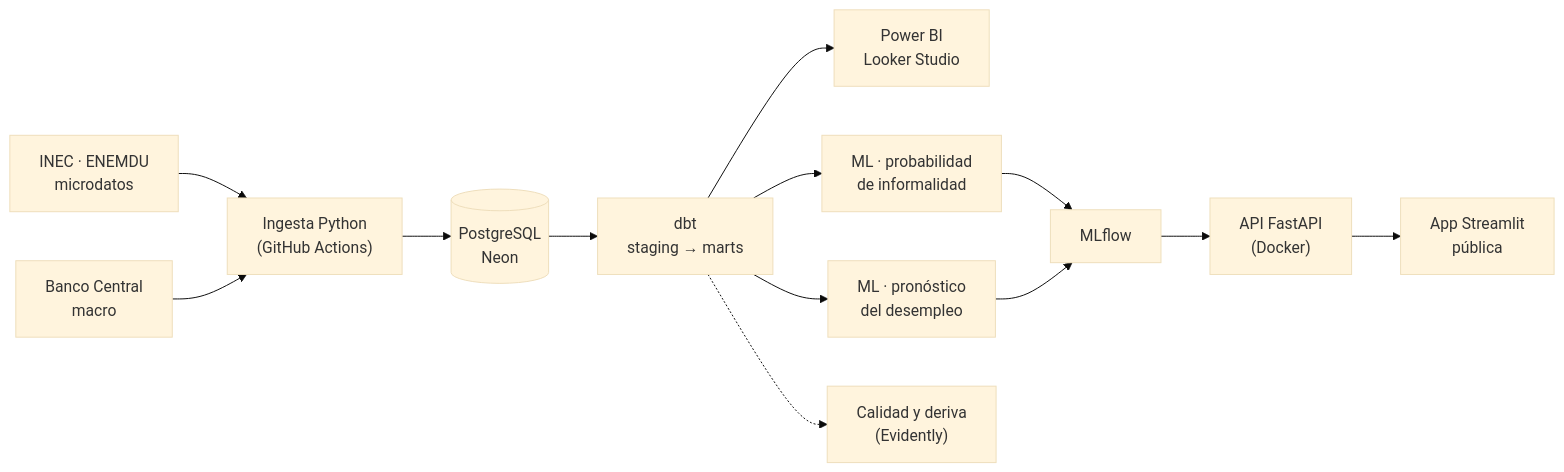
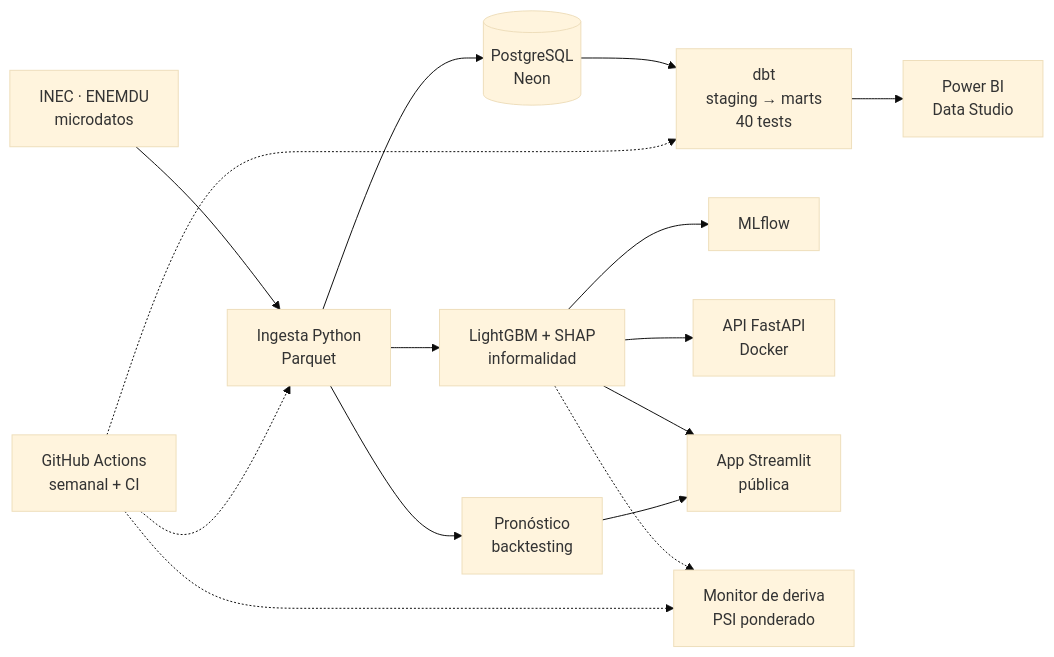
One commit to GUAR-NIX/PORTAFOLIO-CLOUD changed the diagram in observatorio-laboral-ec/README.md. Above: the diagram before and after it, drawn with Mermaid (base theme). The commit also changed other lines of this file and 8 other files, not shown here.

````diff
--- a/observatorio-laboral-ec/README.md
+++ b/observatorio-laboral-ec/README.md
@@ -66,12 +87,14 @@
 ```mermaid
 flowchart LR
-  INEC["INEC · ENEMDU<br/>microdatos"] --> ING["Ingesta Python<br/>(GitHub Actions)"]
-  BCE["Banco Central<br/>macro"] --> ING
+  INEC["INEC · ENEMDU<br/>microdatos"] --> ING["Ingesta Python<br/>Parquet"]
   ING --> PG[("PostgreSQL<br/>Neon")]
-  PG --> DBT["dbt<br/>staging → marts"]
-  DBT --> BI["Power BI<br/>Looker Studio"]
-  DBT --> ML1["ML · probabilidad<br/>de informalidad"]
-  DBT --> ML2["ML · pronóstico<br/>del desempleo"]
-  ML1 & ML2 --> MLF["MLflow"] --> API["API FastAPI<br/>(Docker)"] --> APP["App Streamlit<br/>pública"]
-  DBT -.-> MON["Calidad y deriva<br/>(Evidently)"]
+  PG --> DBT["dbt<br/>staging → marts<br/>40 tests"]
+  DBT --> BI["Power BI<br/>Data Studio"]
+  ING --> ML1["LightGBM + SHAP<br/>informalidad"]
+  ING --> ML2["Pronóstico<br/>backtesting"]
+  ML1 --> MLF["MLflow"]
+  ML1 --> API["API FastAPI<br/>Docker"]
+  ML1 & ML2 --> APP["App Streamlit<br/>pública"]
+  ML1 -.-> MON["Monitor de deriva<br/>PSI ponderado"]
+  GHA["GitHub Actions<br/>semanal + CI"] -.-> ING & DBT & MON
 ```
````
